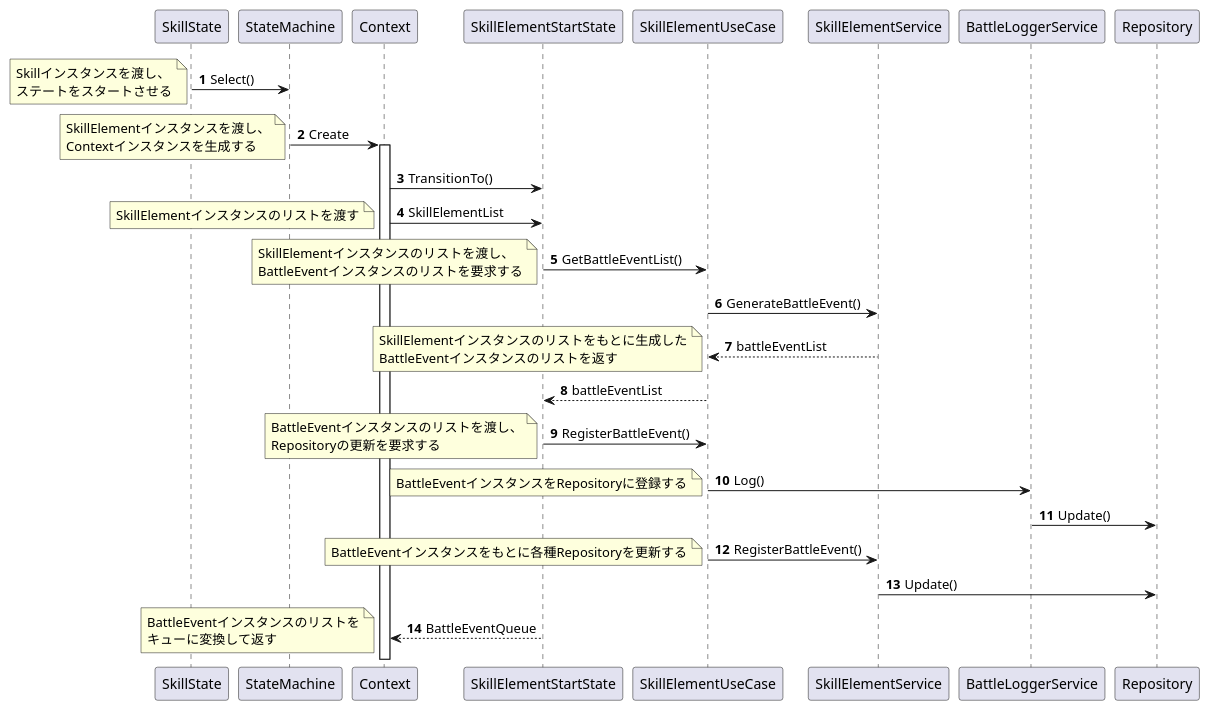
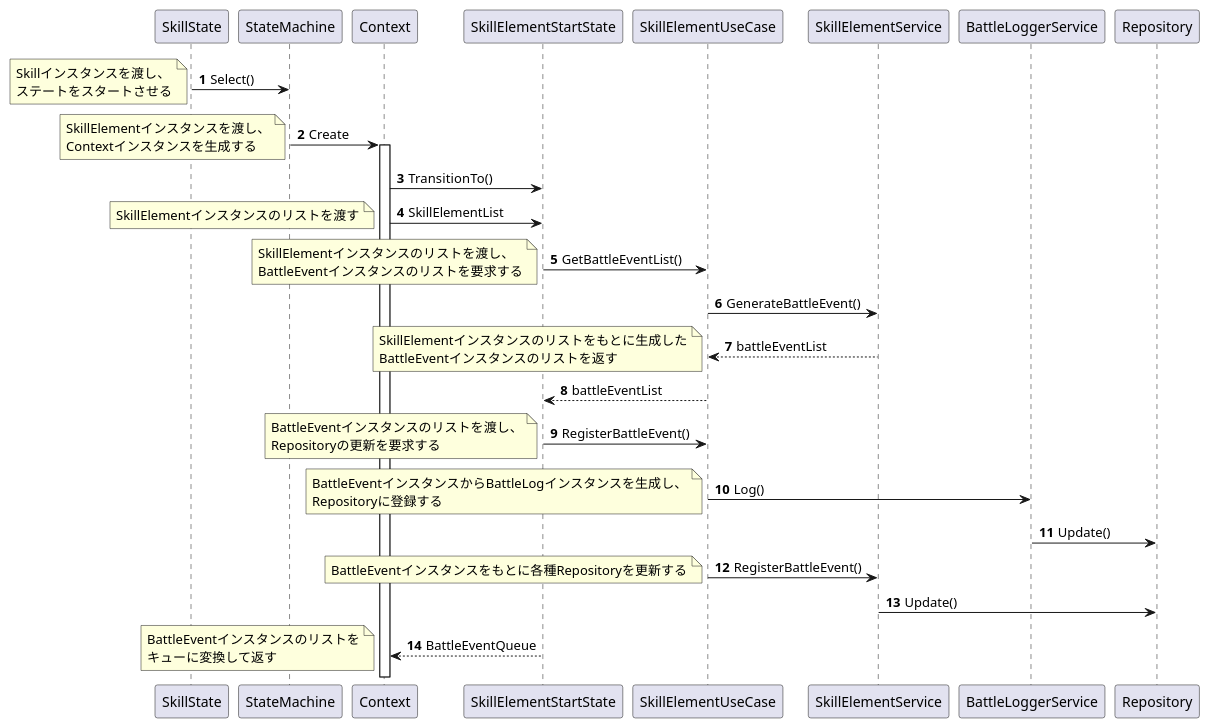
Before and after one commit to natsuhiko-maekawa/RPG: the diagram in Documents/PlantUML/SkillStateSequenceDiagram.puml, drawn with PlantUML.

Commit message:
ドキュメントを修正

```diff
--- a/Documents/PlantUML/SkillStateSequenceDiagram.puml
+++ b/Documents/PlantUML/SkillStateSequenceDiagram.puml
@@ -1,29 +1,29 @@
 @startuml
 'https://plantuml.com/sequence-diagram
 
 autonumber
 SkillState -> StateMachine: Select()
 note left: Skillインスタンスを渡し、\nステートをスタートさせる
 StateMachine -> Context: Create
 note left: SkillElementインスタンスを渡し、\nContextインスタンスを生成する
 activate Context
 Context -> SkillElementStartState: TransitionTo()
 Context -> SkillElementStartState: SkillElementList
 note left: SkillElementインスタンスのリストを渡す
 SkillElementStartState -> SkillElementUseCase: GetBattleEventList()
 note left: SkillElementインスタンスのリストを渡し、\nBattleEventインスタンスのリストを要求する
 SkillElementUseCase -> SkillElementService: GenerateBattleEvent()
 SkillElementService --> SkillElementUseCase: battleEventList
 note left: SkillElementインスタンスのリストをもとに生成した\nBattleEventインスタンスのリストを返す
 SkillElementUseCase --> SkillElementStartState: battleEventList
 SkillElementStartState -> SkillElementUseCase: RegisterBattleEvent()
 note left: BattleEventインスタンスのリストを渡し、\nRepositoryの更新を要求する
 SkillElementUseCase -> BattleLoggerService: Log()
-note left: BattleEventインスタンスをRepositoryに登録する
+note left: BattleEventインスタンスからBattleLogインスタンスを生成し、\nRepositoryに登録する
 BattleLoggerService -> Repository: Update()
 SkillElementUseCase -> SkillElementService: RegisterBattleEvent()
 note left: BattleEventインスタンスをもとに各種Repositoryを更新する
 SkillElementService -> Repository: Update()
 SkillElementStartState --> Context: BattleEventQueue
 note left: BattleEventインスタンスのリストを\nキューに変換して返す
 @enduml
```
